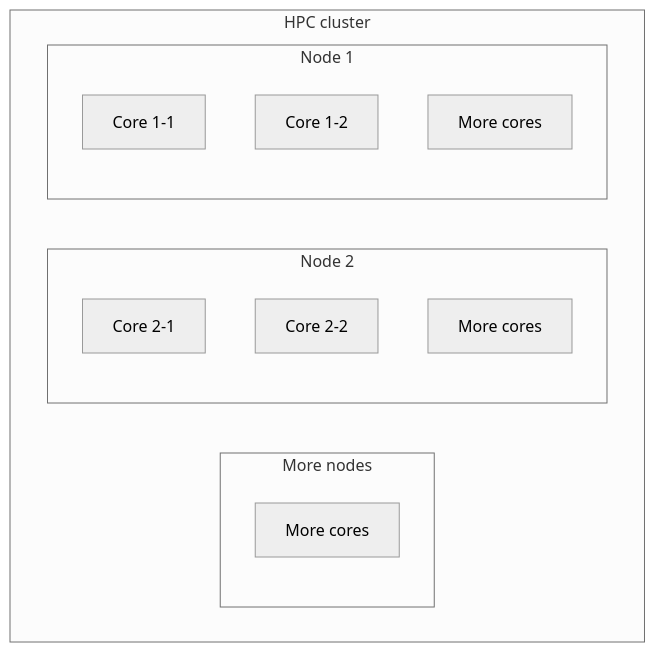
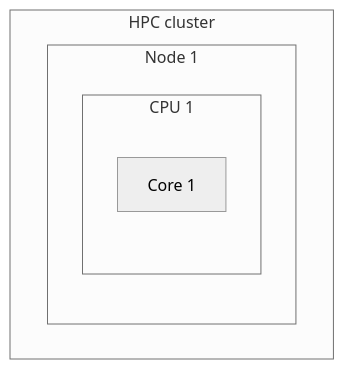
Before and after one commit to UPPMAX/R-matlab-julia-HPC: the diagram in docs/advanced/parallel_computing/README.md, drawn with Mermaid (neutral theme). The commit also changed other lines of this file and 1 other file, not shown here.

````diff
--- a/docs/advanced/parallel_computing/README.md
+++ b/docs/advanced/parallel_computing/README.md
@@ -40,19 +50,10 @@
 ```mermaid
 flowchart TD
-
-subgraph hpc_cluster[HPC cluster]
-subgraph node_3[More nodes]
-core_3_3[More cores]
-end
-subgraph node_2[Node 2]
-core_2_1[Core 2-1]
-core_2_2[Core 2-2]
-core_2_3[More cores]
-end
-subgraph node_1[Node 1]
-core_1_1[Core 1-1]
-core_1_2[Core 1-2]
-core_1_3[More cores]
-end
-end
+  subgraph hpc_cluster[HPC cluster]
+    subgraph node_1[Node 1]
+      subgraph cpu_1_1[CPU 1]
+      core_1_1_1[Core 1]
+      end
+    end
+  end
 ```
````
